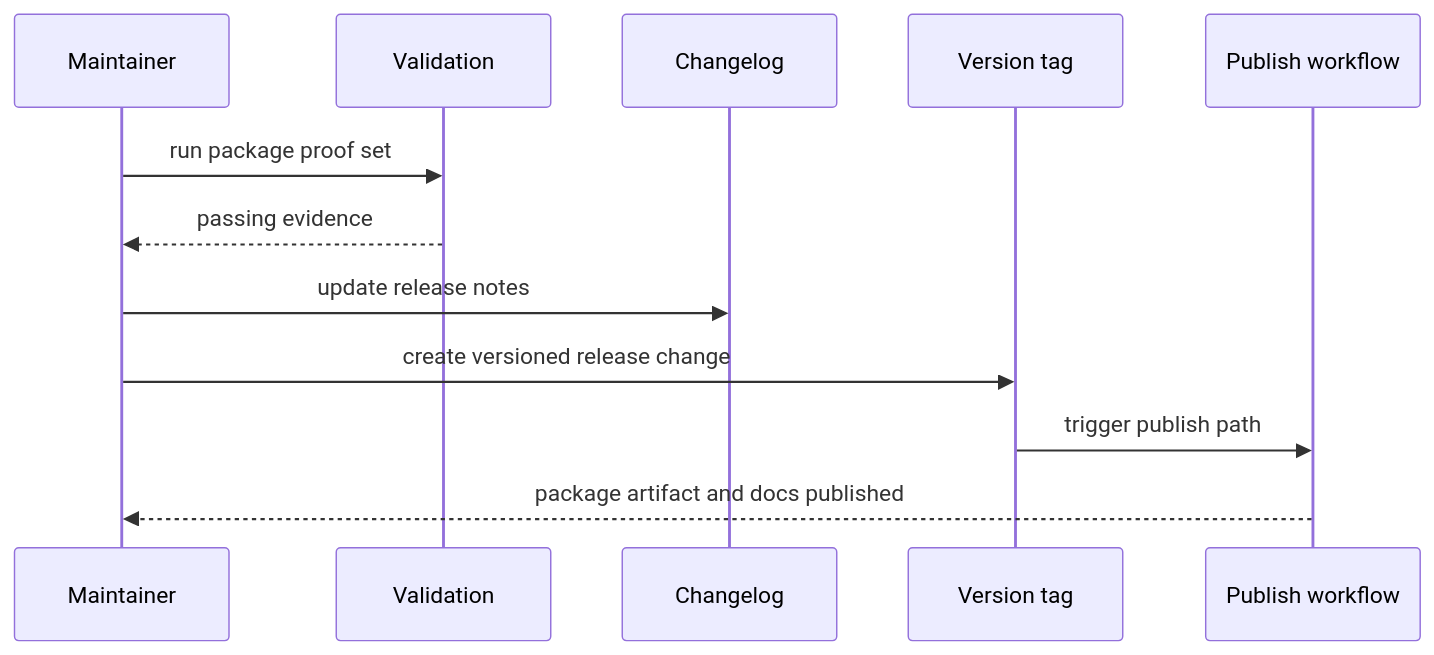
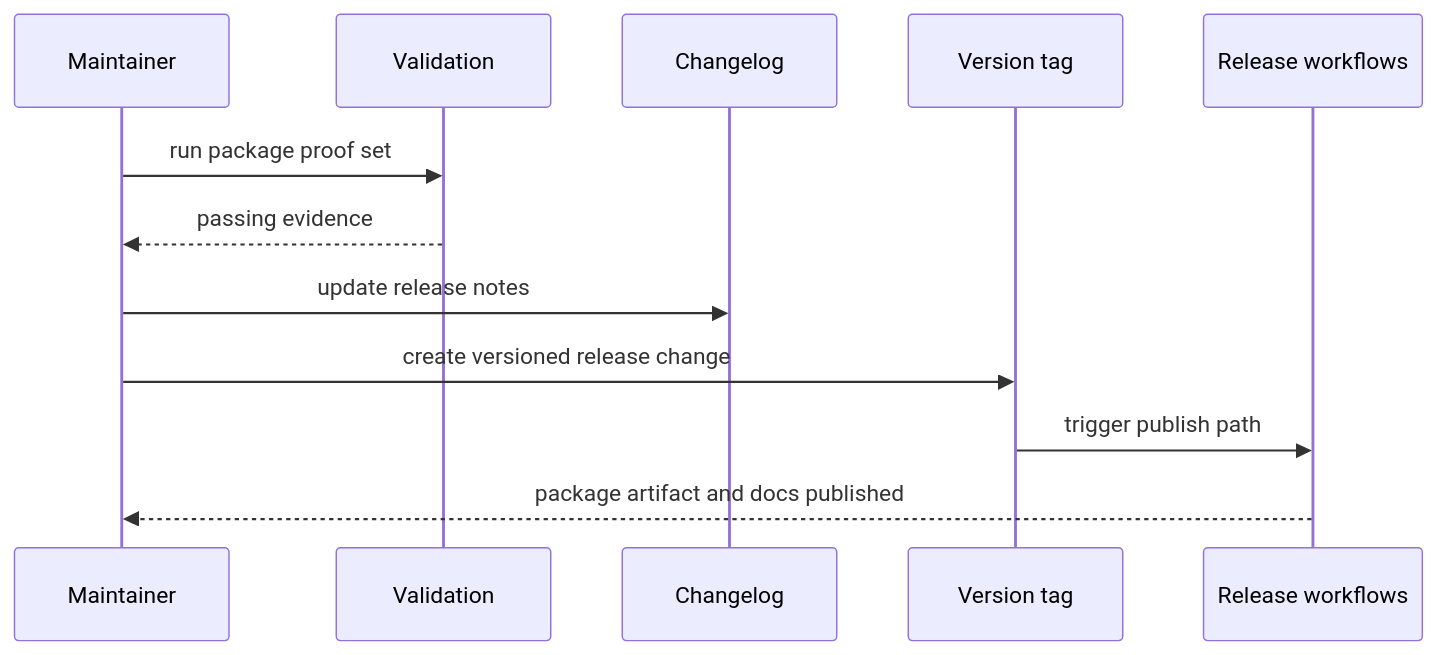
The diagram in docs/bijux-proteomics-foundation/operations/release-and-versioning.md (bijux/bijux-proteomics), drawn with Mermaid before and after one commit. The commit also changed other lines of this file and 22 other files, not shown here.

Commit message:
docs(release): replace legacy publish workflow references

````diff
--- a/docs/bijux-proteomics-foundation/operations/release-and-versioning.md
+++ b/docs/bijux-proteomics-foundation/operations/release-and-versioning.md
@@ -23,14 +23,14 @@
 ```mermaid
 sequenceDiagram
     participant Dev as Maintainer
     participant Tests as Validation
     participant Notes as Changelog
     participant Tag as Version tag
-    participant Publish as Publish workflow
+    participant Publish as Release workflows
     Dev->>Tests: run package proof set
     Tests-->>Dev: passing evidence
     Dev->>Notes: update release notes
     Dev->>Tag: create versioned release change
     Tag->>Publish: trigger publish path
     Publish-->>Dev: package artifact and docs published
 ```
````
